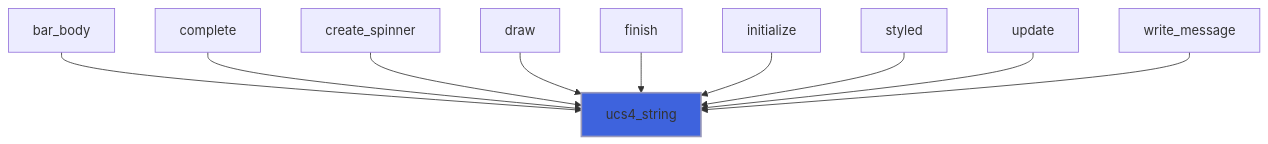
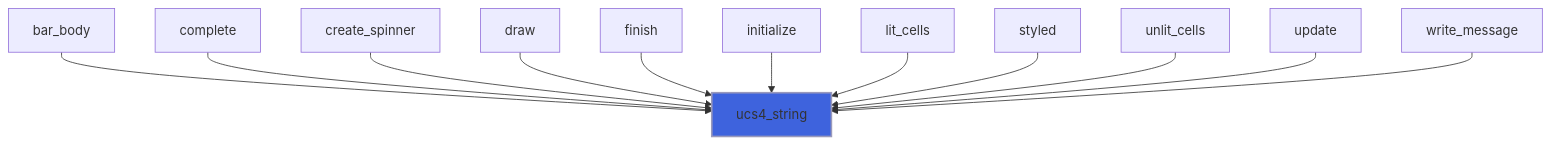
Before and after one commit to szaghi/forbear: the diagram in docs/api/src/lib/forbear_kinds.md, drawn with Mermaid. The commit also changed 16 other files, not shown here.

````diff
--- a/docs/api/src/lib/forbear_kinds.md
+++ b/docs/api/src/lib/forbear_kinds.md
@@ -40,13 +40,15 @@
 ```mermaid
 flowchart TD
   bar_body["bar_body"] --> ucs4_string["ucs4_string"]
   complete["complete"] --> ucs4_string["ucs4_string"]
   create_spinner["create_spinner"] --> ucs4_string["ucs4_string"]
   draw["draw"] --> ucs4_string["ucs4_string"]
   finish["finish"] --> ucs4_string["ucs4_string"]
   initialize["initialize"] --> ucs4_string["ucs4_string"]
+  lit_cells["lit_cells"] --> ucs4_string["ucs4_string"]
   styled["styled"] --> ucs4_string["ucs4_string"]
+  unlit_cells["unlit_cells"] --> ucs4_string["ucs4_string"]
   update["update"] --> ucs4_string["ucs4_string"]
   write_message["write_message"] --> ucs4_string["ucs4_string"]
   style ucs4_string fill:#3e63dd,stroke:#99b,stroke-width:2px
 ```
````
